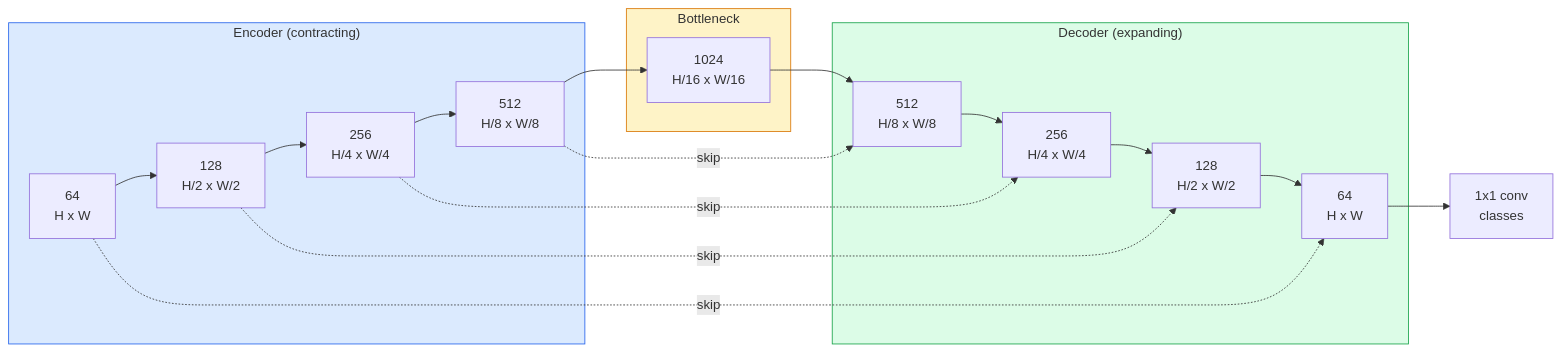
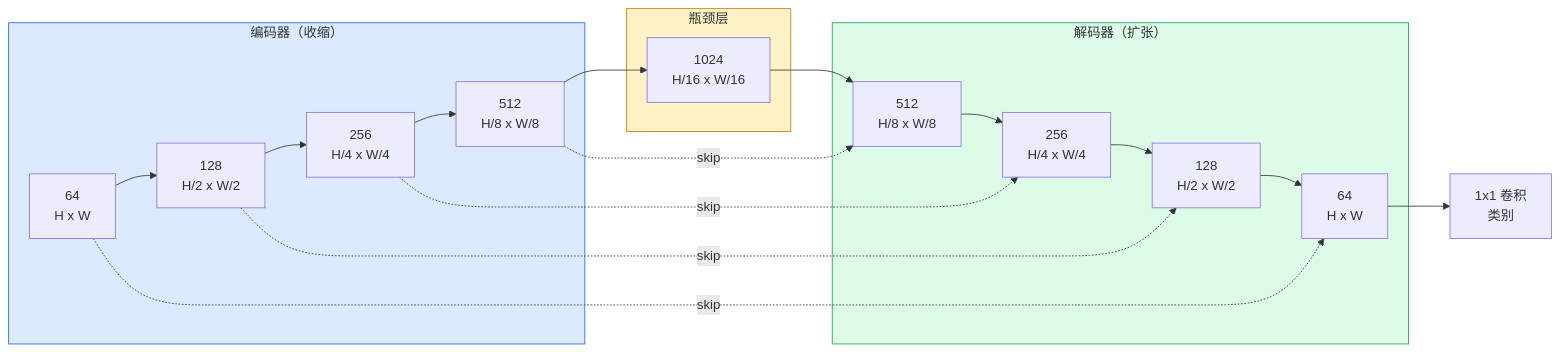
The second of 2 diagrams in phases/04-computer-vision/07-semantic-segmentation-unet/docs/zh.md (JerryC8080/ai-engineering-from-scratch-zh), drawn with Mermaid before and after one commit. The commit also changed other lines of this file and 156 other files, not shown here.

First line of the commit message:
i18n(zh): translate mermaid diagram labels in 157 lesson zh.md

````diff
--- a/phases/04-computer-vision/07-semantic-segmentation-unet/docs/zh.md
+++ b/phases/04-computer-vision/07-semantic-segmentation-unet/docs/zh.md
@@ -50,26 +50,26 @@
 ```mermaid
 flowchart LR
-    subgraph ENC["Encoder (contracting)"]
+    subgraph ENC["编码器（收缩）"]
         E1["64<br/>H x W"] --> E2["128<br/>H/2 x W/2"]
         E2 --> E3["256<br/>H/4 x W/4"]
         E3 --> E4["512<br/>H/8 x W/8"]
     end
-    subgraph BOT["Bottleneck"]
+    subgraph BOT["瓶颈层"]
         B1["1024<br/>H/16 x W/16"]
     end
-    subgraph DEC["Decoder (expanding)"]
+    subgraph DEC["解码器（扩张）"]
         D4["512<br/>H/8 x W/8"] --> D3["256<br/>H/4 x W/4"]
         D3 --> D2["128<br/>H/2 x W/2"]
         D2 --> D1["64<br/>H x W"]
     end
     E4 --> B1 --> D4
     E1 -. skip .-> D1
     E2 -. skip .-> D2
     E3 -. skip .-> D3
     E4 -. skip .-> D4
-    D1 --> OUT["1x1 conv<br/>classes"]
+    D1 --> OUT["1x1 卷积<br/>类别"]
 
     style ENC fill:#dbeafe,stroke:#2563eb
     style BOT fill:#fef3c7,stroke:#d97706
     style DEC fill:#dcfce7,stroke:#16a34a
 ```
````
